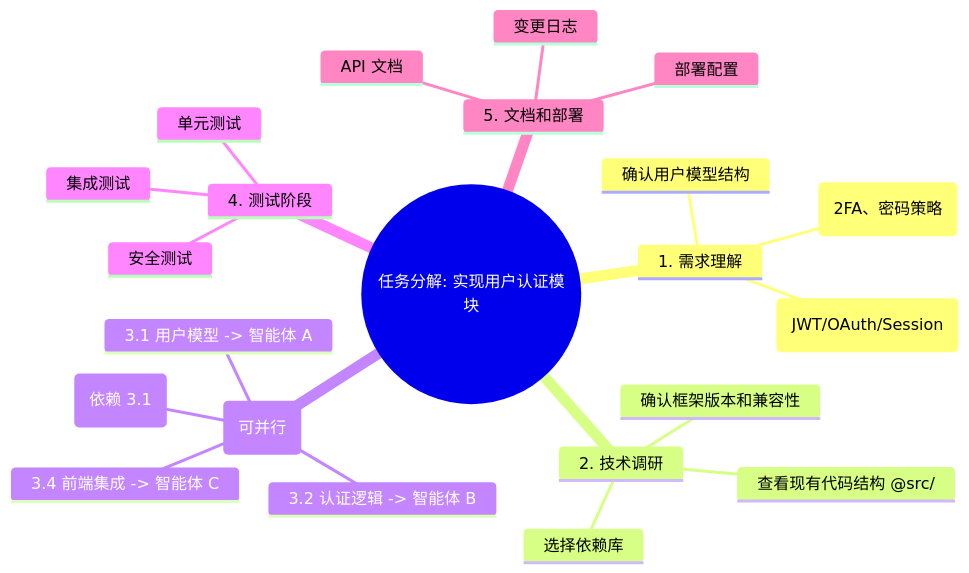
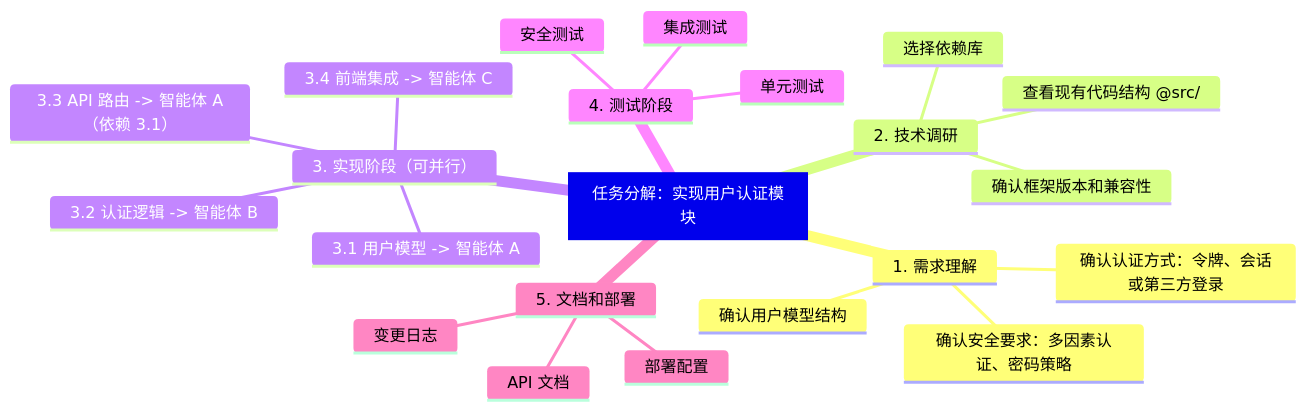
One commit to yeasy/agentic_ai_guide changed the third of 6 diagrams in 10_agentic_coding/10.4_workflow.md. Above: the diagram before and after it, drawn with Mermaid. The commit also changed other lines of this file and 88 other files, not shown here.

````diff
--- a/10_agentic_coding/10.4_workflow.md
+++ b/10_agentic_coding/10.4_workflow.md
@@ -131,25 +131,25 @@
 ```mermaid
 mindmap
-    root(("任务分解: 实现用户认证模块"))
+    root["任务分解：实现用户认证模块"]
         1. 需求理解
-            确认认证方式 (JWT/OAuth/Session)
+            确认认证方式：令牌、会话或第三方登录
             确认用户模型结构
-            确认安全要求 (2FA、密码策略)
+            确认安全要求：多因素认证、密码策略
         2. 技术调研
             查看现有代码结构 @src/
             确认框架版本和兼容性
             选择依赖库
-        3. 实现阶段 (可并行)
+        3. 实现阶段（可并行）
             3.1 用户模型 -> 智能体 A
             3.2 认证逻辑 -> 智能体 B
-            3.3 API 路由 -> 智能体 A (依赖 3.1)
+            3.3 API 路由 -> 智能体 A（依赖 3.1）
             3.4 前端集成 -> 智能体 C
         4. 测试阶段
             单元测试
             集成测试
             安全测试
         5. 文档和部署
             API 文档
             部署配置
             变更日志
 ```
````
